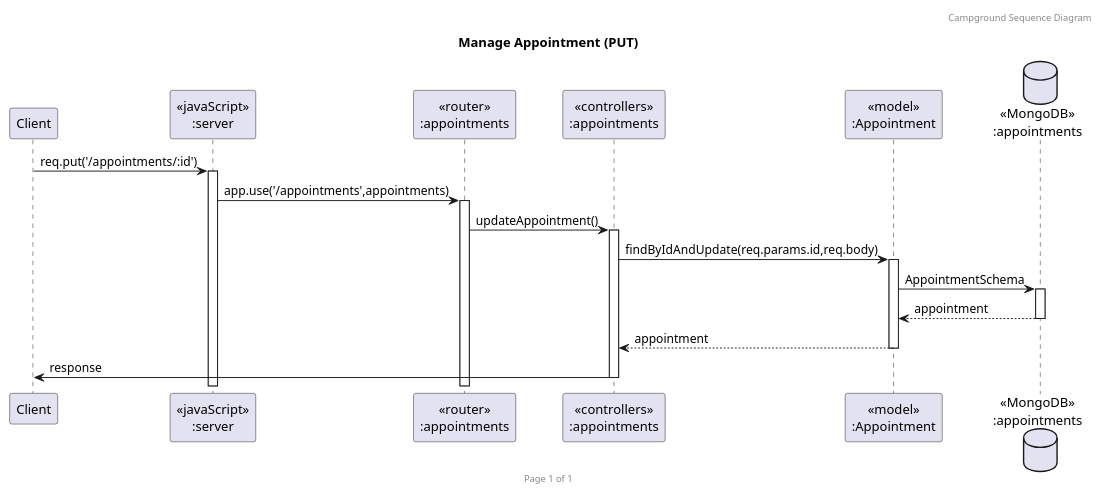
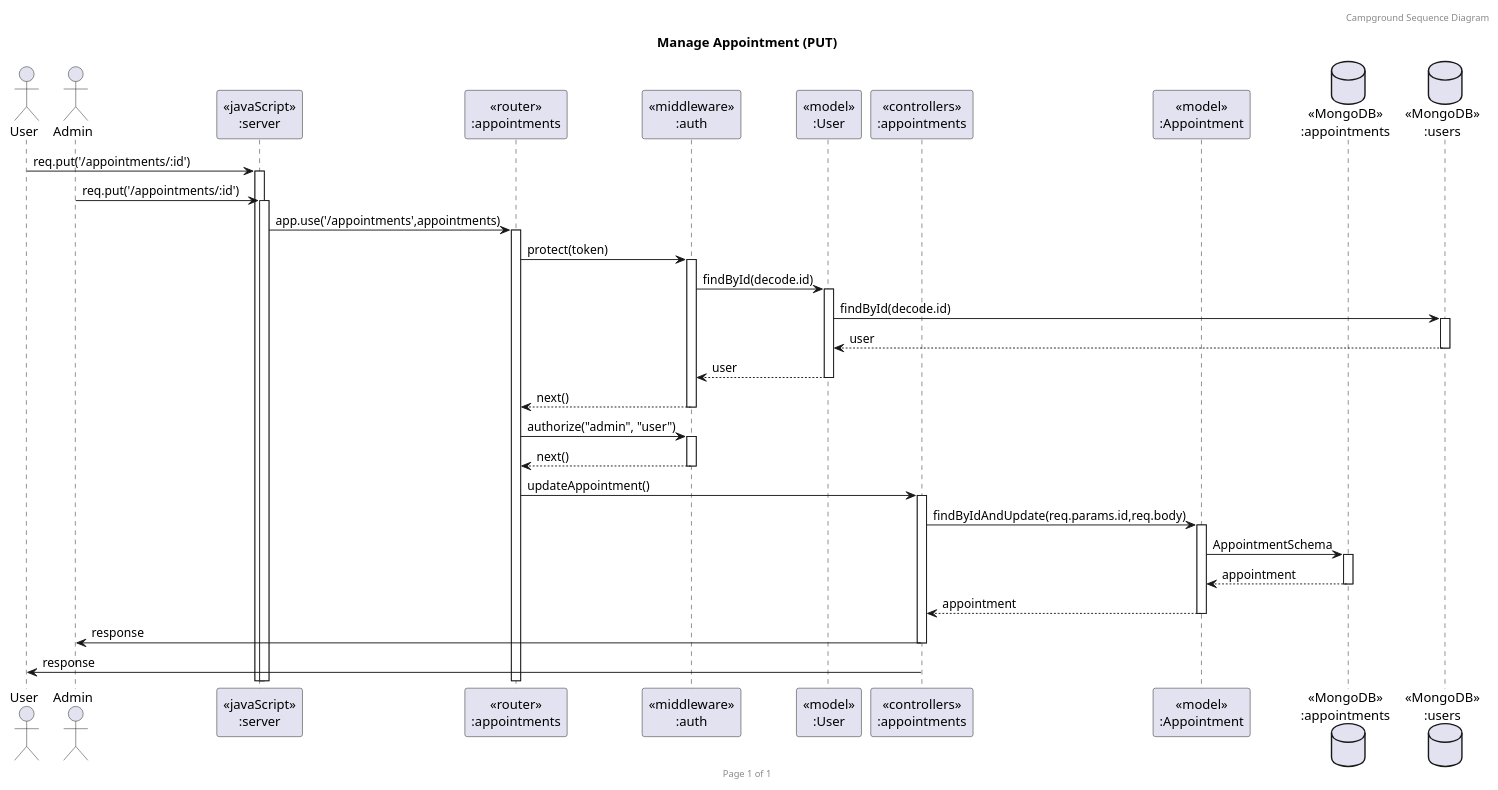
One commit to FaiiFaiipuipui/CEDT_Y1T2_backend-campgroundbooking changed the diagram in diagram/Sequence diagram/Appointment/Appointment_PUT.puml. Above: the diagram before and after it, drawn with PlantUML. The commit also changed 4 other files, not shown here.

Commit message:
Update Appointment Sequence Diagram

```diff
--- a/diagram/Sequence diagram/Appointment/Appointment_PUT.puml
+++ b/diagram/Sequence diagram/Appointment/Appointment_PUT.puml
@@ -1,23 +1,37 @@
 @startuml Manage Appointment (PUT)
 
 header Campground Sequence Diagram
 footer Page %page% of %lastpage%
 title "Manage Appointment (PUT)"
 
-participant "Client" as client
+actor "User" as user
+actor "Admin" as admin
 participant "<<javaScript>>\n:server" as server
 participant "<<router>>\n:appointments" as routerAppointments
+participant "<<middleware>>\n:auth" as middlewareAuth
+participant "<<model>>\n:User" as modelUser
 participant "<<controllers>>\n:appointments" as controllersAppointments
 participant "<<model>>\n:Appointment" as modelAppointment
 database "<<MongoDB>>\n:appointments" as CampgroundsDatabase
+database "<<MongoDB>>\n:users" as UsersDatabase
 
-client->server ++:req.put('/appointments/:id')
+user->server ++:req.put('/appointments/:id')
+admin->server ++:req.put('/appointments/:id')
 server->routerAppointments ++:app.use('/appointments',appointments)
+routerAppointments -> middlewareAuth ++:protect(token)
+middlewareAuth -> modelUser ++:findById(decode.id)
+modelUser -> UsersDatabase ++:findById(decode.id)
+UsersDatabase --> modelUser --:user
+modelUser --> middlewareAuth --:user
+middlewareAuth --> routerAppointments --:next()
+routerAppointments -> middlewareAuth ++:authorize("admin", "user")
+middlewareAuth --> routerAppointments --:next()
 routerAppointments -> controllersAppointments ++:updateAppointment()
 controllersAppointments->modelAppointment ++:findByIdAndUpdate(req.params.id,req.body)
 modelAppointment ->CampgroundsDatabase ++:AppointmentSchema
 CampgroundsDatabase --> modelAppointment --:appointment
 controllersAppointments <-- modelAppointment --:appointment
-controllersAppointments->client --:response
+controllersAppointments->admin --:response
+controllersAppointments->user --:response
 
 @enduml
```
